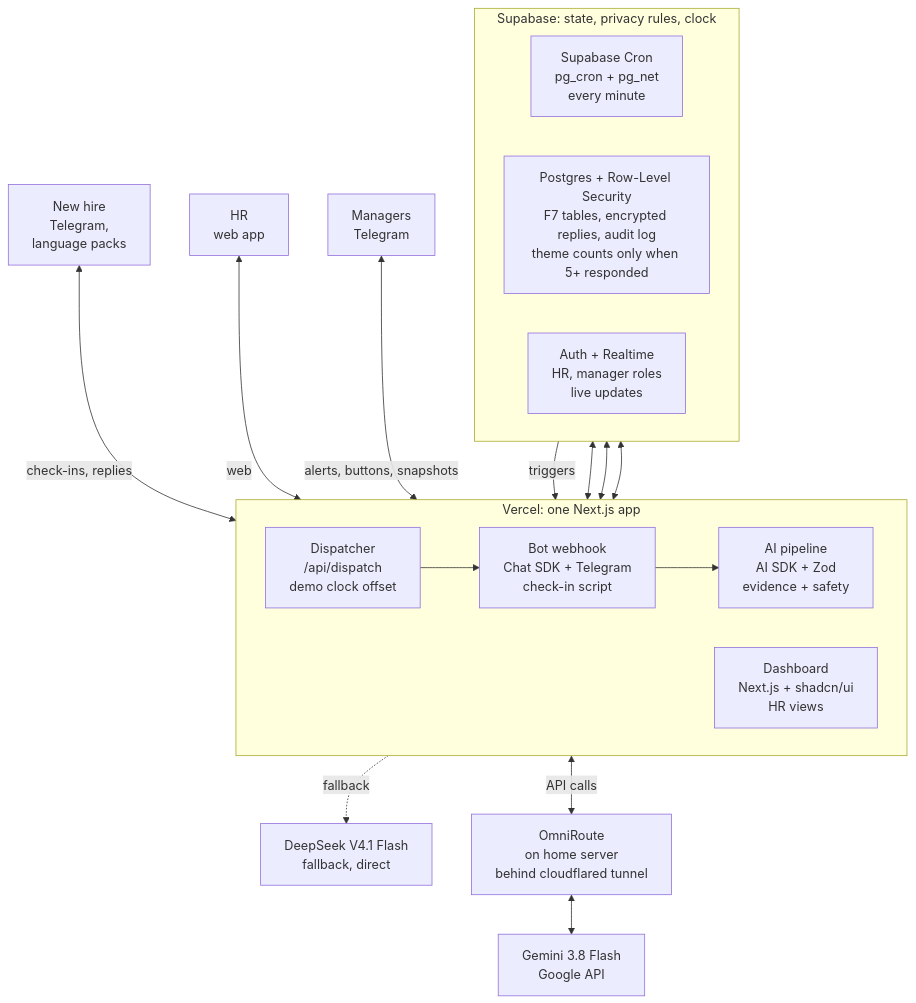
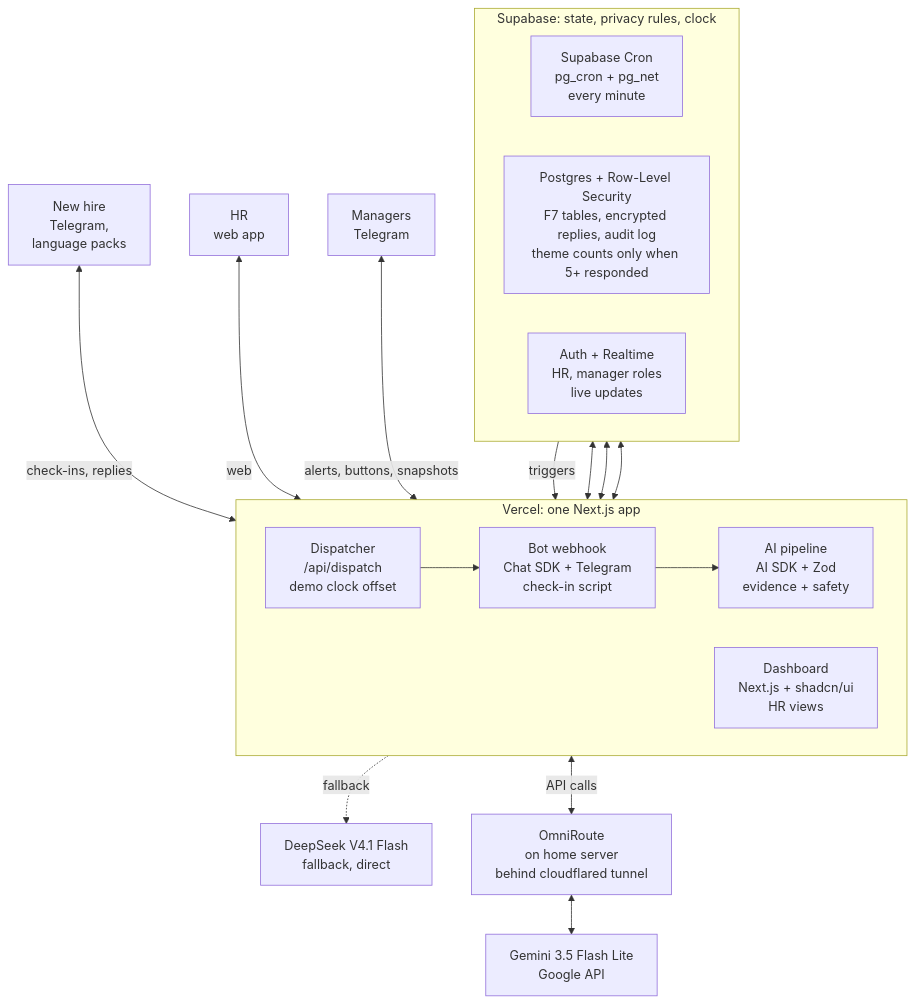
One commit to r64genji/sapa-aifm-2026 changed the diagram in docs/02-prototype-architecture.md. Above: the diagram before and after it, drawn with Mermaid. The commit also changed other lines of this file and 6 other files, not shown here.

First line of the commit message:
Every AI call uses Gemini 3.5 Flash Lite with thinking off

````diff
--- a/docs/02-prototype-architecture.md
+++ b/docs/02-prototype-architecture.md
@@ -40,36 +40,36 @@
 ```mermaid
 flowchart TB
-    gemini["Gemini 3.8 Flash<br/>Google API"]
+    gemini["Gemini 3.5 Flash Lite<br/>Google API"]
     deepseek["DeepSeek V4.1 Flash<br/>fallback, direct"]
     hire["New hire<br/>Telegram,<br/>language packs"]
     omni["OmniRoute<br/>on home server<br/>behind cloudflared tunnel"]
     hr["HR<br/>web app"]
     mgr["Managers<br/>Telegram"]
 
     subgraph vercel["Vercel: one Next.js app"]
         direction LR
         disp["Dispatcher<br/>/api/dispatch<br/>demo clock offset"]
         bot["Bot webhook<br/>Chat SDK + Telegram<br/>check-in script"]
         ai["AI pipeline<br/>AI SDK + Zod<br/>evidence + safety"]
         dash["Dashboard<br/>Next.js + shadcn/ui<br/>HR views"]
         disp --> bot --> ai
     end
 
     subgraph supa["Supabase: state, privacy rules, clock"]
         direction LR
         cron["Supabase Cron<br/>pg_cron + pg_net<br/>every minute"]
         pg["Postgres + Row-Level Security<br/>F7 tables, encrypted replies, audit log<br/>theme counts only when 5+ responded"]
         rt["Auth + Realtime<br/>HR, manager roles<br/>live updates"]
     end
 
     hire <-->|check-ins, replies| bot
     hr <-->|web| dash
     mgr <-->|alerts, buttons, snapshots| bot
     ai <-->|API calls| omni
     omni <--> gemini
     ai -.->|fallback| deepseek
     cron -->|triggers| disp
     bot <--> pg
     ai <--> pg
     dash <--> rt
 ```
````
